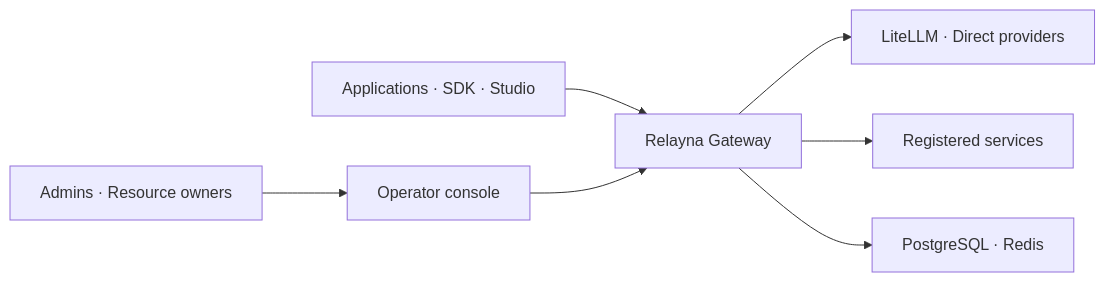
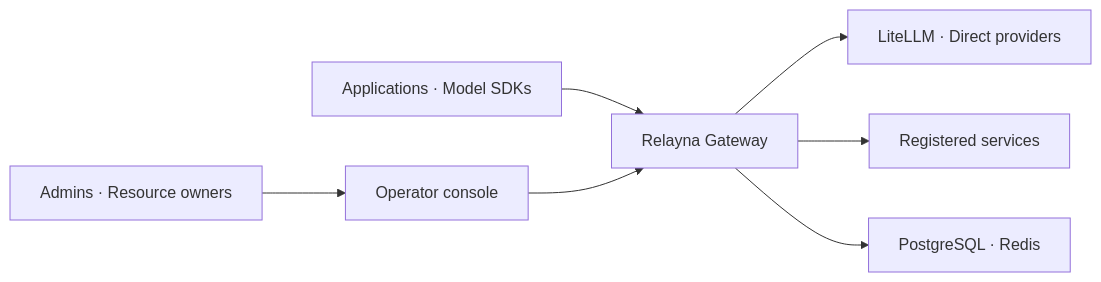
Before and after one commit to sarattha/relayna-gateway: the diagram in README.md, drawn with Mermaid. The commit also changed other lines of this file and 61 other files, not shown here.

````diff
--- a/README.md
+++ b/README.md
@@ -18,9 +18,9 @@
 ```mermaid
 flowchart LR
-  Clients[Applications · SDK · Studio] --> Gateway[Relayna Gateway]
+  Clients[Applications · Model SDKs] --> Gateway[Relayna Gateway]
   Gateway --> Models[LiteLLM · Direct providers]
   Gateway --> Services[Registered services]
   Gateway --> State[PostgreSQL · Redis]
   Operators[Admins · Resource owners] --> Console[Operator console]
   Console --> Gateway
 ```
````
